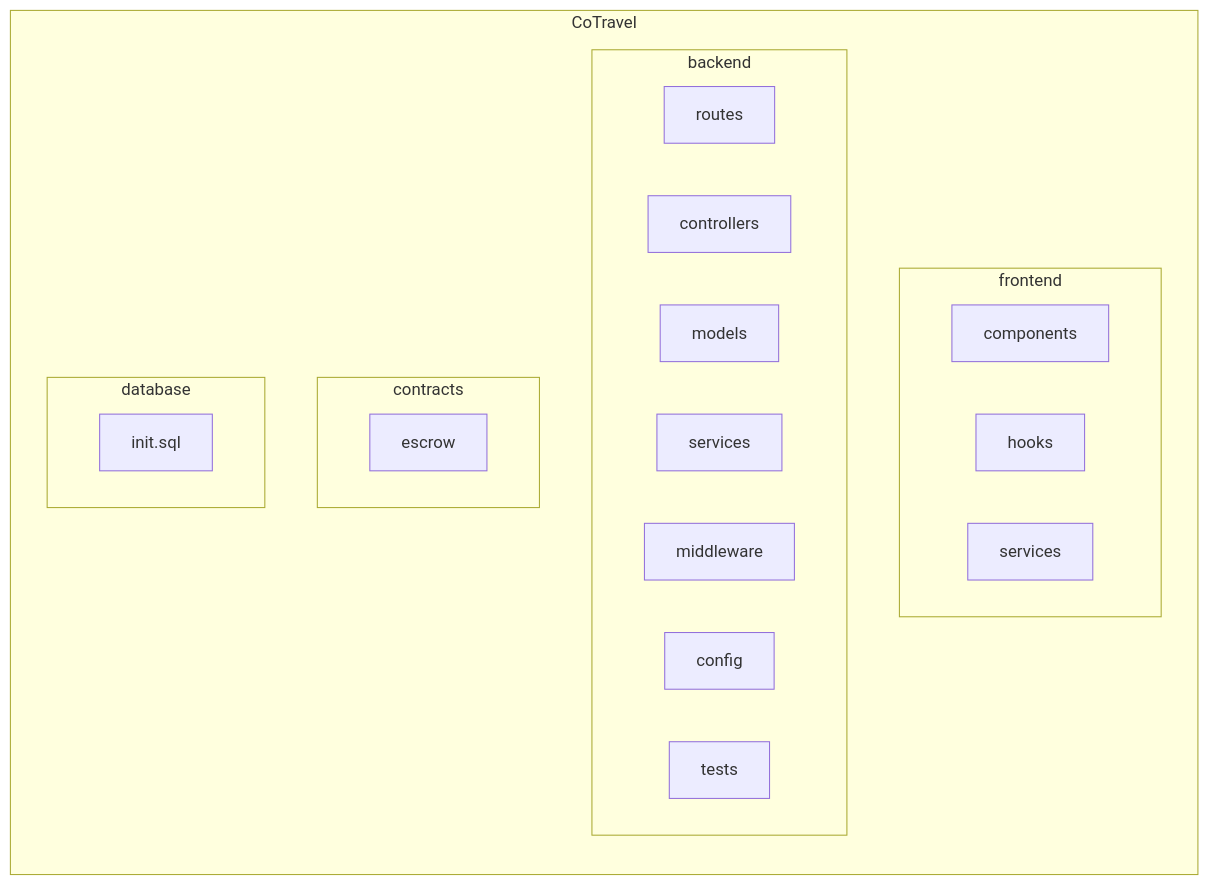
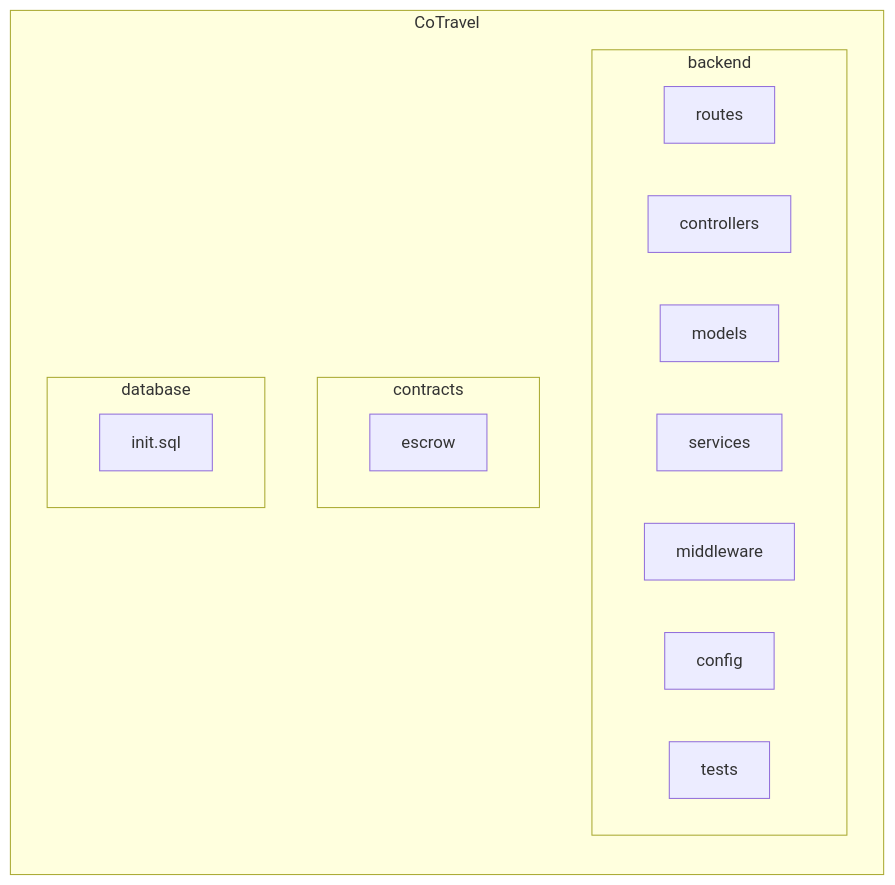
One commit to CoKeFish/Impacta-Bootcamp changed the second of 15 diagrams in ARCHITECTURE.md. Above: the diagram before and after it, drawn with Mermaid. The commit also changed other lines of this file and 9 other files, not shown here.

````diff
--- a/ARCHITECTURE.md
+++ b/ARCHITECTURE.md
@@ -48,28 +45,22 @@
 ```mermaid
 flowchart LR
     subgraph Root["CoTravel"]
-        subgraph FE["frontend"]
-            C["components"]
-            H[hooks]
-            SV[services]
-        end
-
         subgraph BK["backend"]
             R[routes]
             CT2[controllers]
             M[models]
             S[services]
             MW[middleware]
             CF[config]
             T[tests]
         end
 
         subgraph CT["contracts"]
             E[escrow]
         end
 
         subgraph DB["database"]
             I[init.sql]
         end
     end
 ```
````
